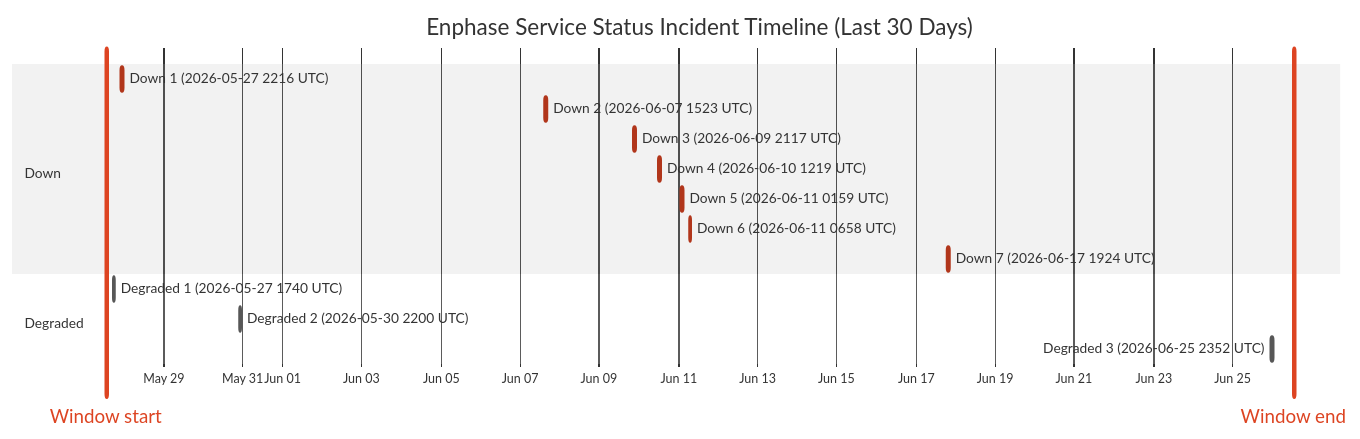
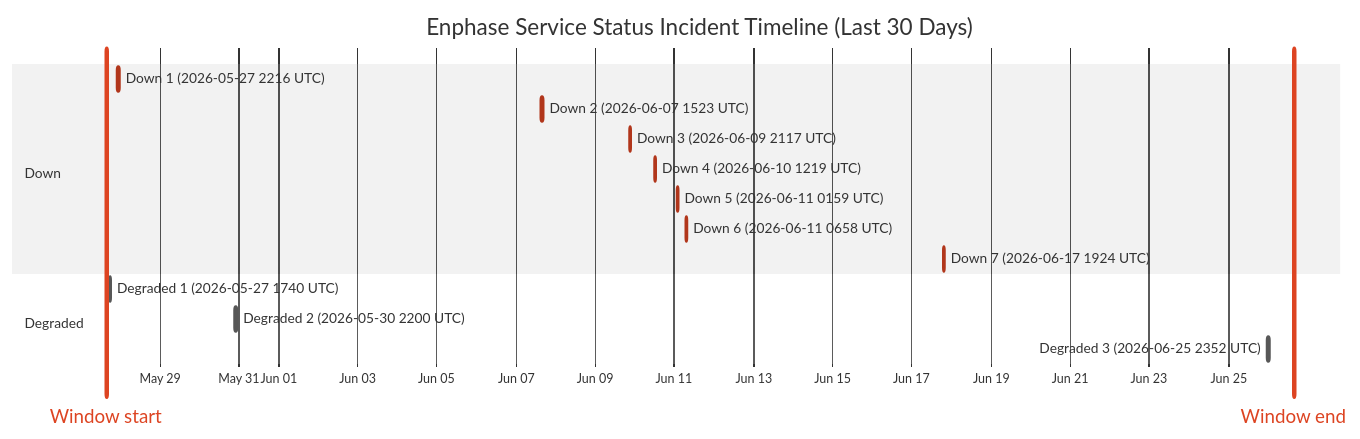
One commit to barneyonline/ha-enphase-energy changed the diagram in wiki/Service-Status-History.md. Above: the diagram before and after it, drawn with Mermaid (neutral theme). The commit also changed other lines of this file and 3 other files, not shown here.

````diff
--- a/wiki/Service-Status-History.md
+++ b/wiki/Service-Status-History.md
@@ -14,20 +14,20 @@
 ```mermaid
 gantt
     title Enphase Service Status Incident Timeline (Last 30 Days)
     dateFormat  YYYY-MM-DDTHH:mm:ss
     axisFormat  %b %d
-    Window start :vert, window-start, 2026-05-27T13:09:52, 0ms
-    Window end :vert, window-end, 2026-06-26T13:09:52, 0ms
+    Window start :vert, window-start, 2026-05-27T15:38:13, 0ms
+    Window end :vert, window-end, 2026-06-26T15:38:13, 0ms
     section Down
     Down 1 (2026-05-27 2216 UTC) :crit, down-1, 2026-05-27T22:16:53, 87m
     Down 2 (2026-06-07 1523 UTC) :crit, down-2, 2026-06-07T15:23:22, 87m
     Down 3 (2026-06-09 2117 UTC) :crit, down-3, 2026-06-09T21:17:17, 60m
     Down 4 (2026-06-10 1219 UTC) :crit, down-4, 2026-06-10T12:19:21, 60m
     Down 5 (2026-06-11 0159 UTC) :crit, down-5, 2026-06-11T01:59:36, 60m
     Down 6 (2026-06-11 0658 UTC) :crit, down-6, 2026-06-11T06:58:45, 60m
     Down 7 (2026-06-17 1924 UTC) :crit, down-7, 2026-06-17T19:24:51, 60m
     section Degraded
     Degraded 1 (2026-05-27 1740 UTC) :active, degraded-1, 2026-05-27T17:40:52, 60m
     Degraded 2 (2026-05-30 2200 UTC) :active, degraded-2, 2026-05-30T22:00:37, 60m
     Degraded 3 (2026-06-25 2352 UTC) :active, degraded-3, 2026-06-25T23:52:01, 60m
 ```
````
